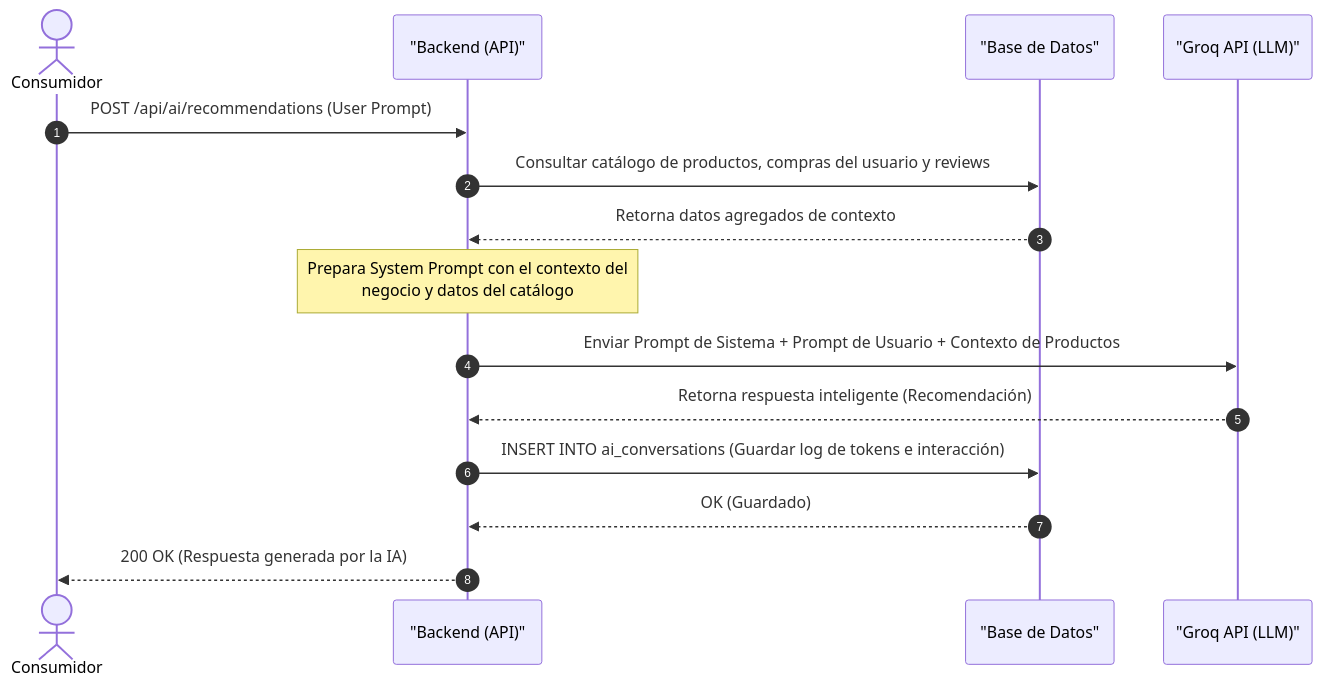
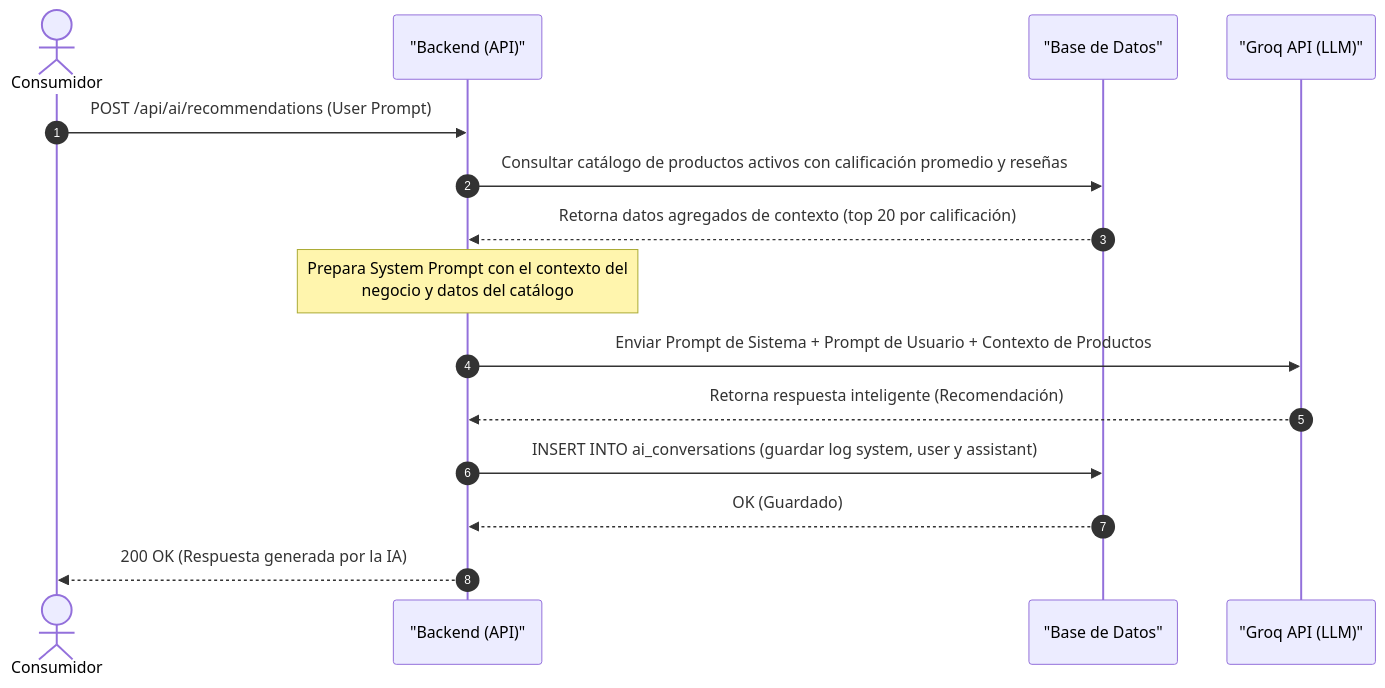
One commit to jbolivarz94/Diplomano.NET changed the sixth of 6 diagrams in retos/proyecto-final/MarketPlace/README.md. Above: the diagram before and after it, drawn with Mermaid. The commit also changed other lines of this file and 7 other files, not shown here.

````diff
--- a/retos/proyecto-final/MarketPlace/README.md
+++ b/retos/proyecto-final/MarketPlace/README.md
@@ -219,18 +235,18 @@
 ```mermaid
 sequenceDiagram
     autonumber
     actor Consumidor
     participant API as "Backend (API)"
     participant DB as "Base de Datos"
     participant Groq as "Groq API (LLM)"
 
     Consumidor->>API: POST /api/ai/recommendations (User Prompt)
-    API->>DB: Consultar catálogo de productos, compras del usuario y reviews
-    DB-->>API: Retorna datos agregados de contexto
+    API->>DB: Consultar catálogo de productos activos con calificación promedio y reseñas
+    DB-->>API: Retorna datos agregados de contexto (top 20 por calificación)
     Note over API: Prepara System Prompt con el contexto del<br/>negocio y datos del catálogo
     API->>Groq: Enviar Prompt de Sistema + Prompt de Usuario + Contexto de Productos
     Groq-->>API: Retorna respuesta inteligente (Recomendación)
-    API->>DB: INSERT INTO ai_conversations (Guardar log de tokens e interacción)
+    API->>DB: INSERT INTO ai_conversations (guardar log system, user y assistant)
     DB-->>API: OK (Guardado)
     API-->>Consumidor: 200 OK (Respuesta generada por la IA)
 ```
````
